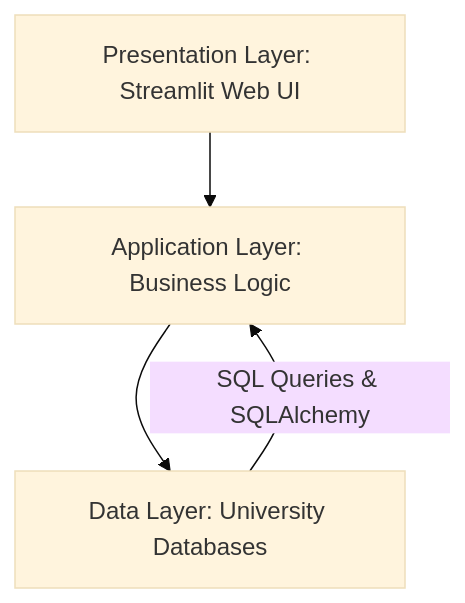
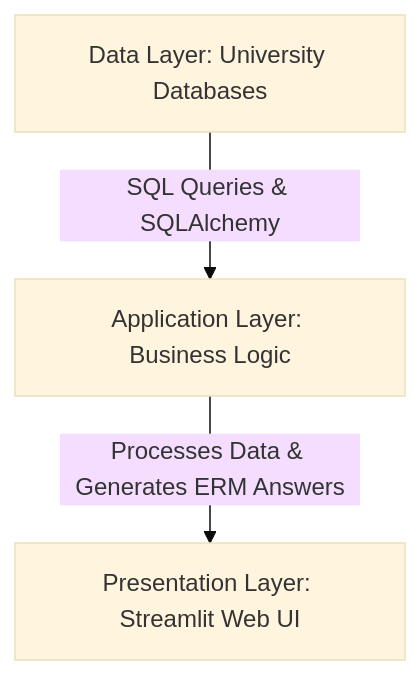
Before and after one commit to uw-ssec/osp-nce: the diagram in src/README.md, drawn with Mermaid (base theme). The commit also changed other lines of this file, not shown here.

Commit message:
documentation cleanup

````diff
--- a/src/README.md
+++ b/src/README.md
@@ -41,6 +41,9 @@
 ```mermaid
 graph TD;
-    A[Presentation Layer: Streamlit Web UI] --> B[Application Layer: Business Logic];
-    B --> C[Data Layer: University Databases];
-    C -->|SQL Queries & SQLAlchemy| B;
+    A[Data Layer: University Databases] -->|SQL Queries & SQLAlchemy| B[Application Layer: Business Logic];
+    B -->|Processes Data & Generates ERM Answers| C[Presentation Layer: Streamlit Web UI];
+
+    style A text-wrap:wrap;
+    style B text-wrap:wrap;
+    style C text-wrap:wrap;
 ```
````
